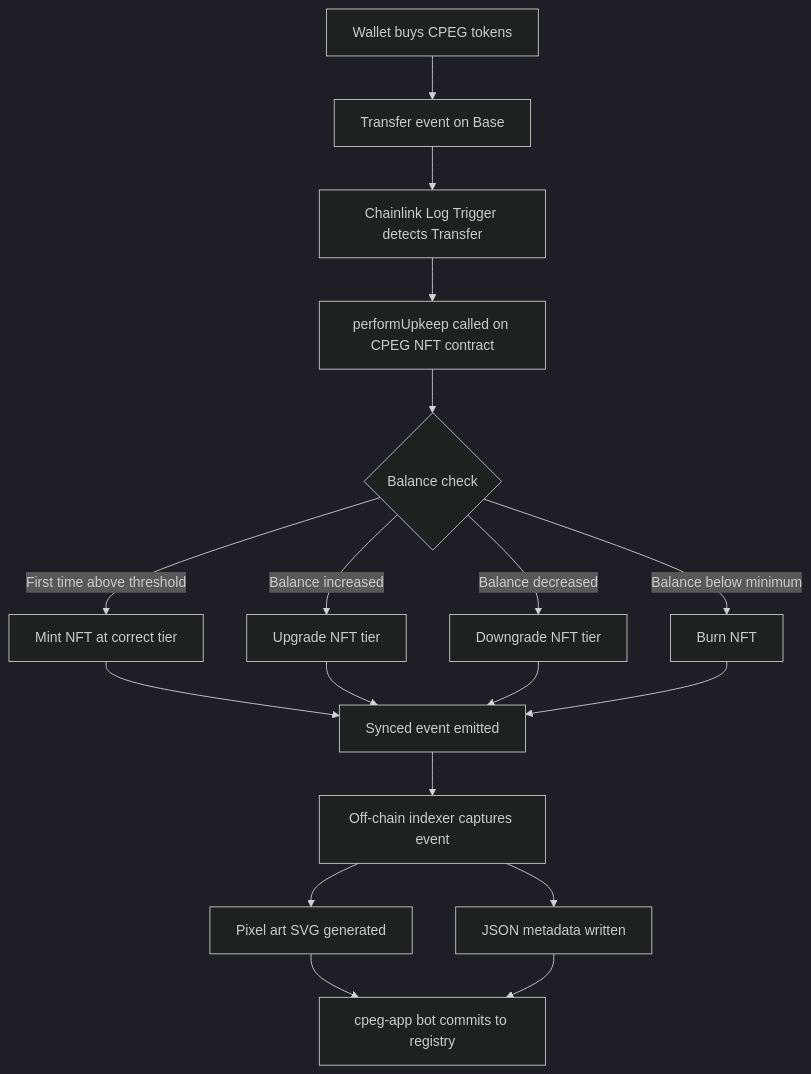
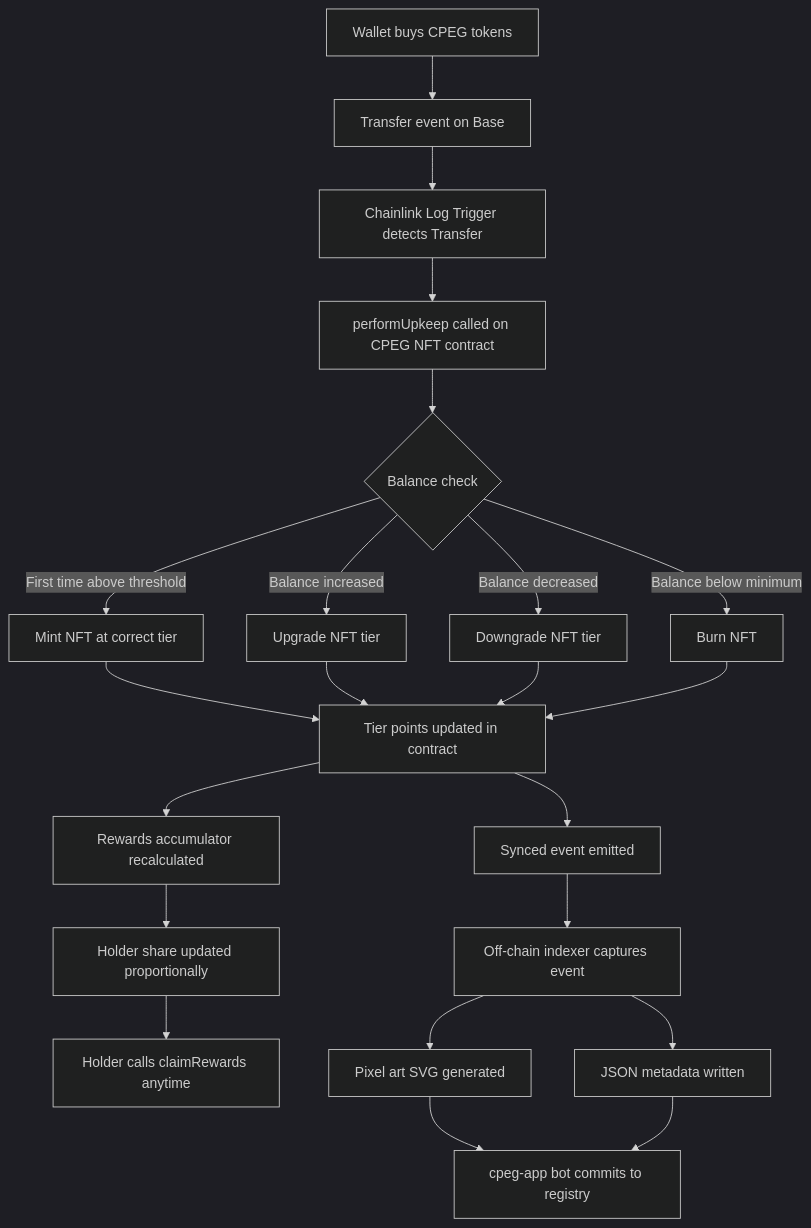
Before and after one commit to CPEG-Labs/.github: the diagram in profile/README.md, drawn with Mermaid (dark theme). The commit also changed other lines of this file, not shown here.

Commit message:
Add rewards system and update protocol flow diagram

````diff
--- a/profile/README.md
+++ b/profile/README.md
@@ -47,16 +63,20 @@
 ```mermaid
 graph TD
     A[Wallet buys CPEG tokens] --> B[Transfer event on Base]
     B --> C[Chainlink Log Trigger detects Transfer]
     C --> D[performUpkeep called on CPEG NFT contract]
     D --> E{Balance check}
     E -->|First time above threshold| F[Mint NFT at correct tier]
     E -->|Balance increased| G[Upgrade NFT tier]
     E -->|Balance decreased| H[Downgrade NFT tier]
     E -->|Balance below minimum| I[Burn NFT]
-    F & G & H & I --> J[Synced event emitted]
-    J --> K[Off-chain indexer captures event]
-    K --> L[Pixel art SVG generated]
-    K --> M[JSON metadata written]
-    L & M --> N[cpeg-app bot commits to registry]
+    F & G & H & I --> J[Tier points updated in contract]
+    J --> K[Rewards accumulator recalculated]
+    K --> L[Holder share updated proportionally]
+    L --> M[Holder calls claimRewards anytime]
+    J --> N[Synced event emitted]
+    N --> O[Off-chain indexer captures event]
+    O --> P[Pixel art SVG generated]
+    O --> Q[JSON metadata written]
+    P & Q --> R[cpeg-app bot commits to registry]
 ```
````
